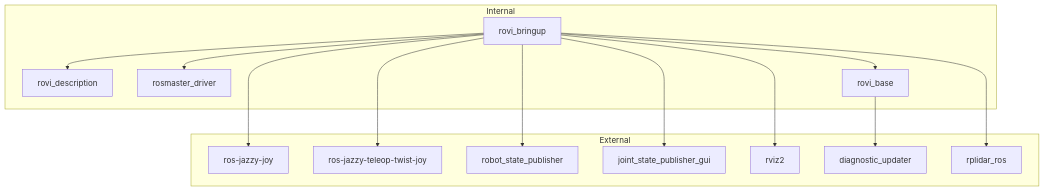
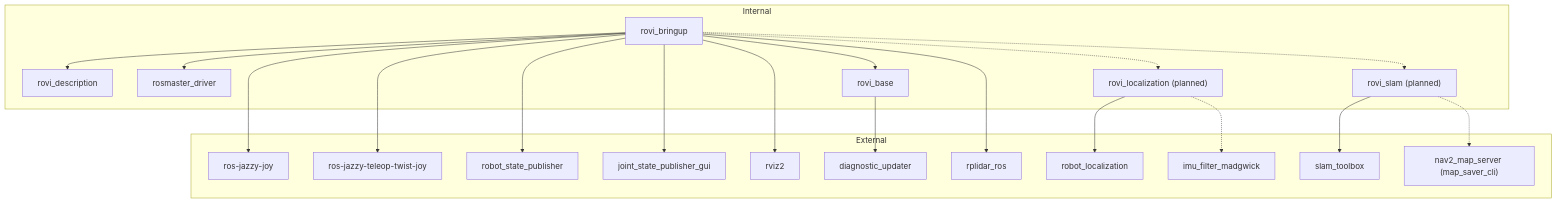
The sixth of 6 diagrams in README.md (Roblibs/rovi_ros_ws), drawn with Mermaid before and after one commit. The commit also changed other lines of this file, not shown here.

Commit message:
slam planing

````diff
--- a/README.md
+++ b/README.md
@@ -136,31 +239,44 @@
 ```mermaid
 flowchart TD
   subgraph Internal
     RoviBringup[rovi_bringup]
     RoviDesc[rovi_description]
     Rosmaster[rosmaster_driver]
     RoviBase[rovi_base]
+    RoviLoc["rovi_localization (planned)"]
+    RoviSlam["rovi_slam (planned)"]
   end
 
   subgraph External
     Joy[ros-jazzy-joy]
     Teleop[ros-jazzy-teleop-twist-joy]
   RSP[robot_state_publisher]
   JSPG[joint_state_publisher_gui]
   RVIZ[rviz2]
   Diag[diagnostic_updater]
   RPLidar[rplidar_ros]
+  EKF[robot_localization]
+  ImuFilter[imu_filter_madgwick]
+  SlamToolbox[slam_toolbox]
+  MapServer["nav2_map_server (map_saver_cli)"]
   end
 
   RoviBringup --> RoviDesc
   RoviBringup --> Rosmaster
   RoviBringup --> RoviBase
+  RoviBringup -.-> RoviLoc
+  RoviBringup -.-> RoviSlam
   RoviBringup --> Joy
   RoviBringup --> Teleop
   RoviBringup --> RSP
   RoviBringup --> JSPG
   RoviBringup --> RVIZ
   RoviBringup --> RPLidar
 
   RoviBase --> Diag
+
+  RoviLoc --> EKF
+  RoviLoc -.-> ImuFilter
+  RoviSlam --> SlamToolbox
+  RoviSlam -.-> MapServer
 ```
````
